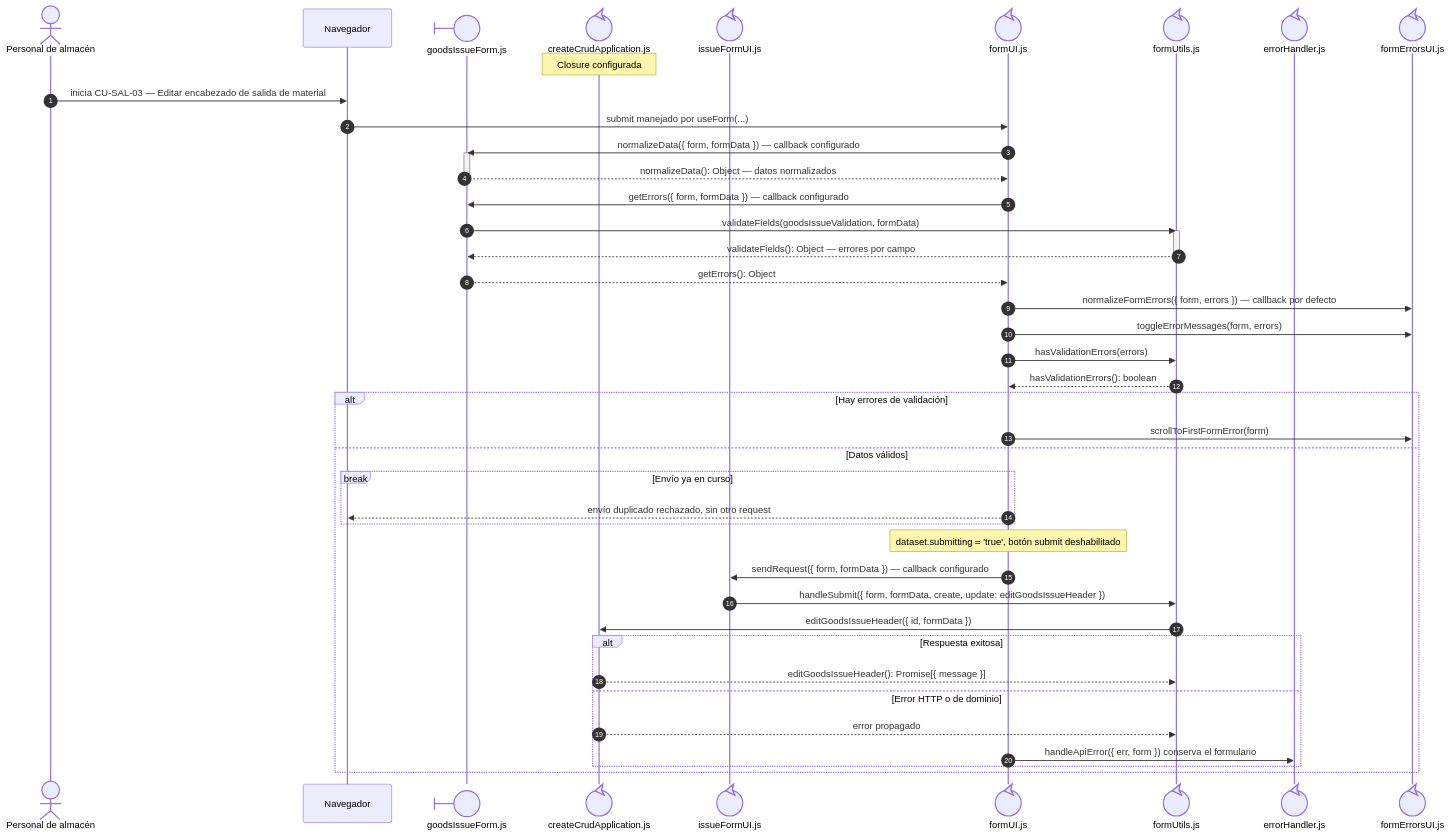
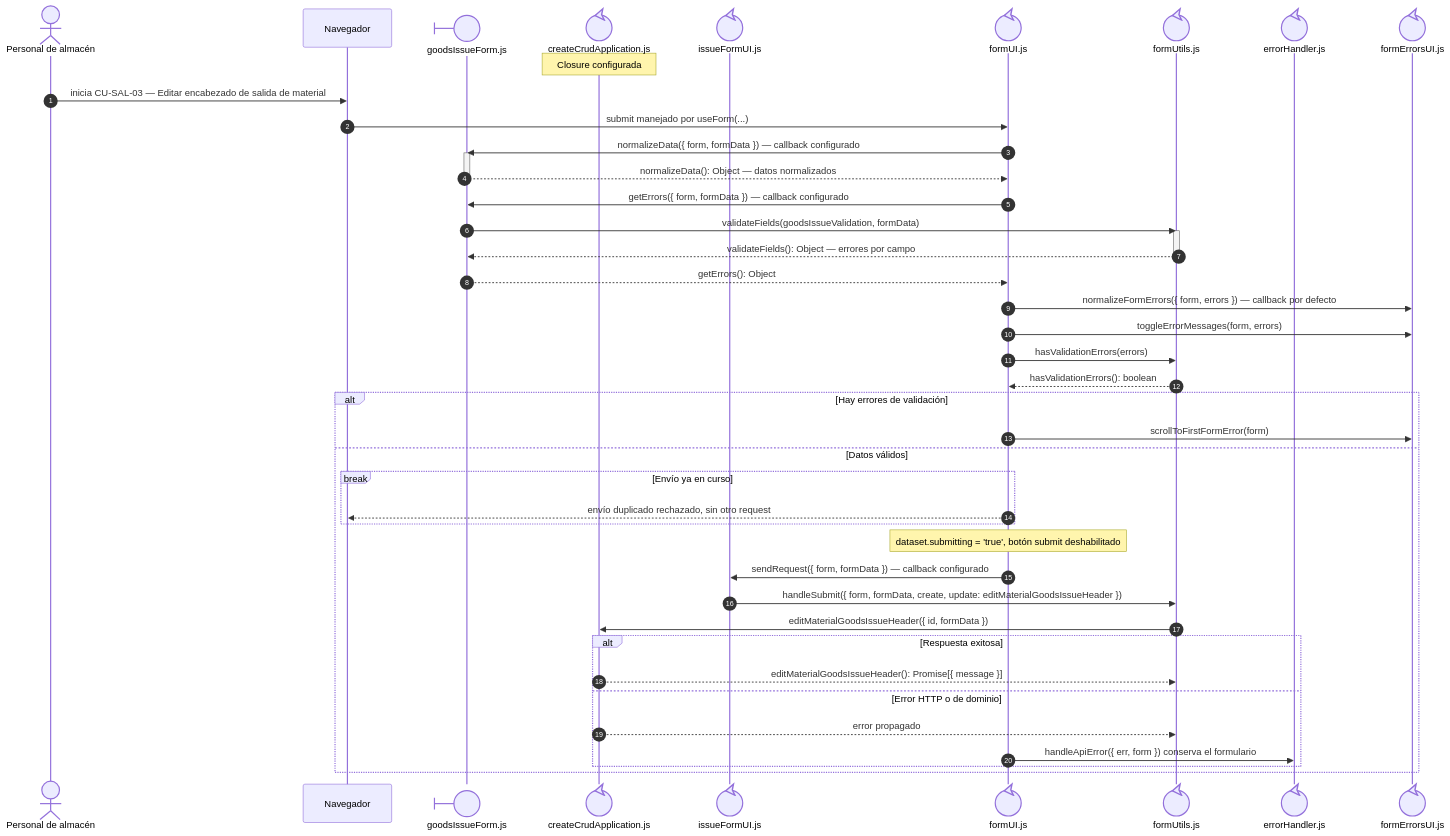
Before and after one commit to gpgsistemas01/nexus: the second of 3 diagrams in docs/architecture/views/processes/frontend-code-sequences/issues/cu-sal-03.md, drawn with Mermaid. The commit also changed other lines of this file and 142 other files, not shown here.

````diff
--- a/docs/architecture/views/processes/frontend-code-sequences/issues/cu-sal-03.md
+++ b/docs/architecture/views/processes/frontend-code-sequences/issues/cu-sal-03.md
@@ -136,49 +137,49 @@
 ```mermaid
 sequenceDiagram
     autonumber
     actor Initiator as Personal de almacén
     participant Browser as Navegador
     participant View@{ "type": "boundary" } as goodsIssueForm.js
     participant Application@{ "type": "control" } as createCrudApplication.js
     participant IssueUI@{ "type": "control" } as issueFormUI.js
     participant Form@{ "type": "control" } as formUI.js
     participant FormUtils@{ "type": "control" } as formUtils.js
 
     participant FileErrorHandler@{ "type": "control" } as errorHandler.js
     participant FileFormErrorsUI@{ "type": "control" } as formErrorsUI.js
 
     Note over Application: Closure configurada
     Initiator->>Browser: inicia CU-SAL-03 — Editar encabezado de salida de material
     Browser->>Form: submit manejado por useForm(...)
     Form->>View: normalizeData({ form, formData }) — callback configurado
     activate View
     View-->>Form: normalizeData(): Object — datos normalizados
     deactivate View
     Form->>View: getErrors({ form, formData }) — callback configurado
     View->>FormUtils: validateFields(goodsIssueValidation, formData)
     activate FormUtils
     FormUtils-->>View: validateFields(): Object — errores por campo
     deactivate FormUtils
     View-->>Form: getErrors(): Object
     Form->>FileFormErrorsUI: normalizeFormErrors({ form, errors }) — callback por defecto
     Form->>FileFormErrorsUI: toggleErrorMessages(form, errors)
     Form->>FormUtils: hasValidationErrors(errors)
     FormUtils-->>Form: hasValidationErrors(): boolean
     alt Hay errores de validación
         Form->>FileFormErrorsUI: scrollToFirstFormError(form)
     else Datos válidos
         break Envío ya en curso
             Form-->>Browser: envío duplicado rechazado, sin otro request
     end
         Note over Form: dataset.submitting = 'true', botón submit deshabilitado
         Form->>IssueUI: sendRequest({ form, formData }) — callback configurado
-        IssueUI->>FormUtils: handleSubmit({ form, formData, create, update: editGoodsIssueHeader })
-        FormUtils->>Application: editGoodsIssueHeader({ id, formData })
+        IssueUI->>FormUtils: handleSubmit({ form, formData, create, update: editMaterialGoodsIssueHeader })
+        FormUtils->>Application: editMaterialGoodsIssueHeader({ id, formData })
         alt Respuesta exitosa
-            Application-->>FormUtils: editGoodsIssueHeader(): Promise[{ message }]
+            Application-->>FormUtils: editMaterialGoodsIssueHeader(): Promise[{ message }]
         else Error HTTP o de dominio
             Application-->>FormUtils: error propagado
             Form->>FileErrorHandler: handleApiError({ err, form }) conserva el formulario
     end
     end
 ```
````
